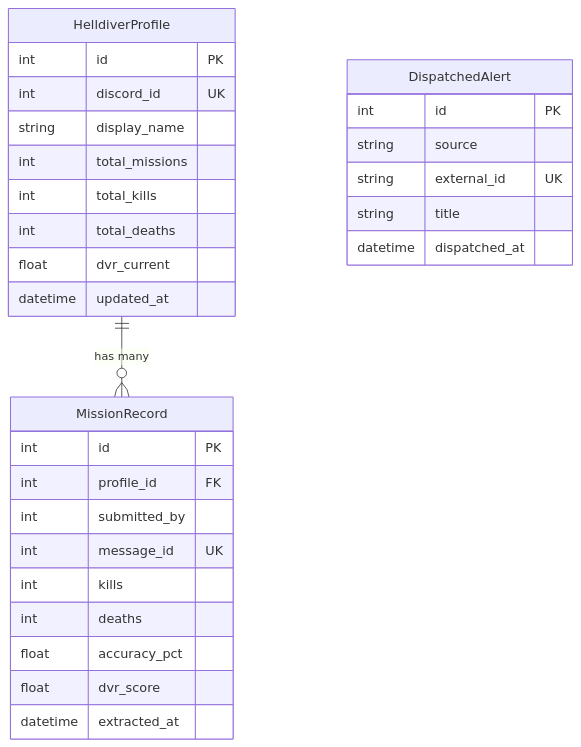
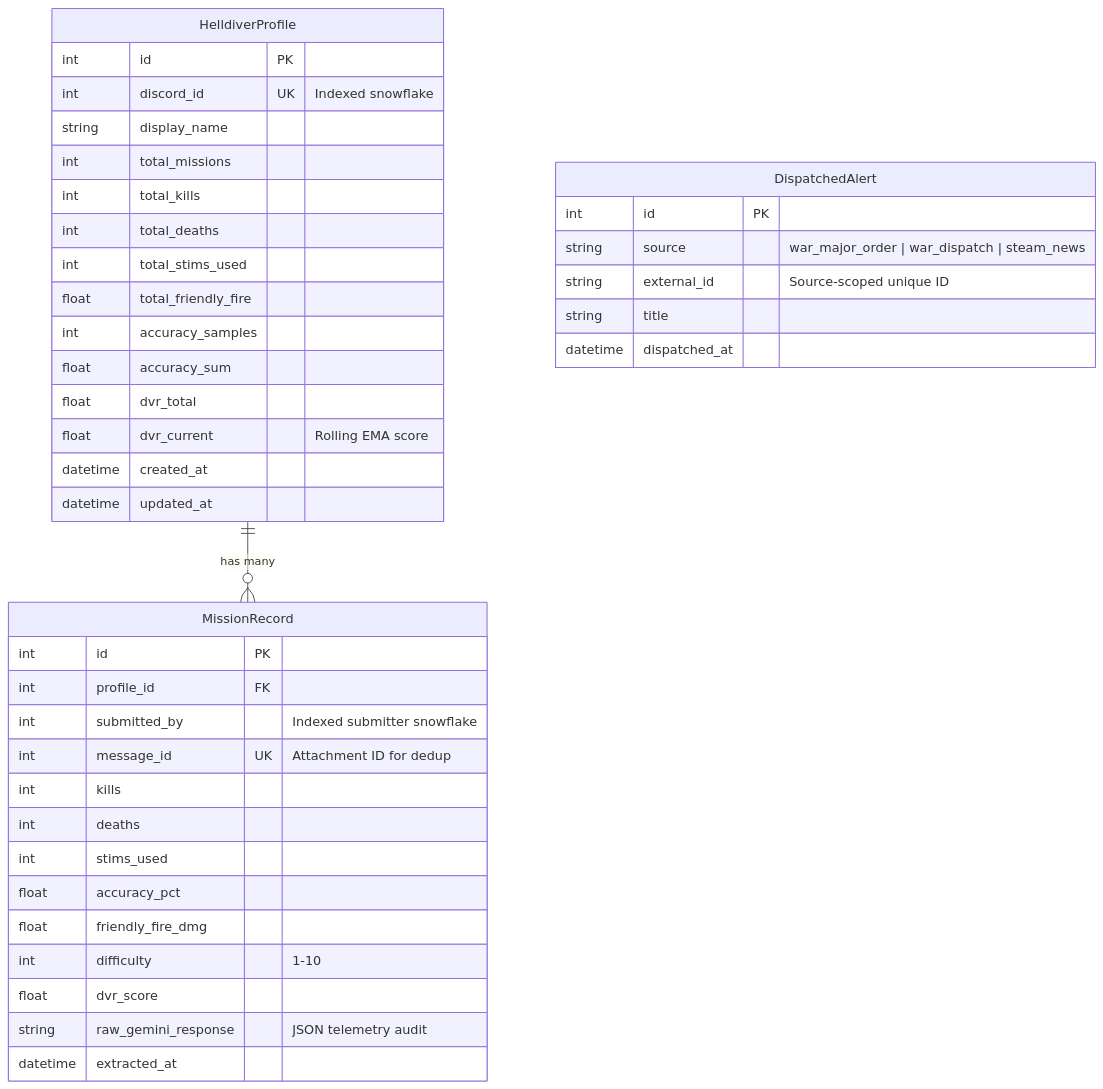
Before and after one commit to Chemist3-Lab/helldivers-democratic-bot: the second of 2 diagrams in ARCHITECTURE.md, drawn with Mermaid. The commit also changed other lines of this file and 7 other files, not shown here.

````diff
--- a/ARCHITECTURE.md
+++ b/ARCHITECTURE.md
@@ -263,32 +207,42 @@
 ```mermaid
 erDiagram
     HelldiverProfile ||--o{ MissionRecord : "has many"
     HelldiverProfile {
         int id PK
-        int discord_id UK
+        int discord_id UK "Indexed snowflake"
         string display_name
         int total_missions
         int total_kills
         int total_deaths
-        float dvr_current
+        int total_stims_used
+        float total_friendly_fire
+        int accuracy_samples
+        float accuracy_sum
+        float dvr_total
+        float dvr_current "Rolling EMA score"
+        datetime created_at
         datetime updated_at
     }
     MissionRecord {
         int id PK
         int profile_id FK
-        int submitted_by
-        int message_id UK
+        int submitted_by "Indexed submitter snowflake"
+        int message_id UK "Attachment ID for dedup"
         int kills
         int deaths
+        int stims_used
         float accuracy_pct
+        float friendly_fire_dmg
+        int difficulty "1-10"
         float dvr_score
+        string raw_gemini_response "JSON telemetry audit"
         datetime extracted_at
     }
     DispatchedAlert {
         int id PK
-        string source
-        string external_id UK
+        string source "war_major_order | war_dispatch | steam_news"
+        string external_id "Source-scoped unique ID"
         string title
         datetime dispatched_at
     }
 ```
````
